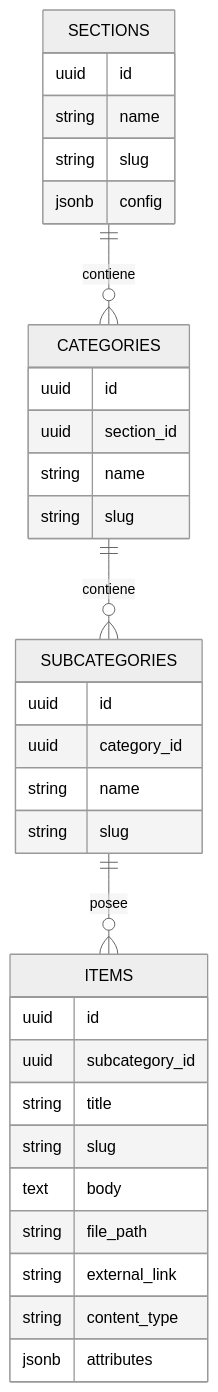
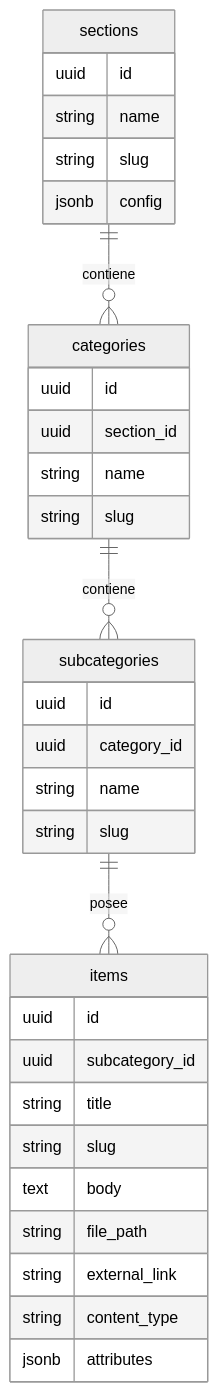
The diagram in docs/DATABASE_DESIGN.md (FMontes-alt/AdminPanel-Telmark), drawn with Mermaid (neutral theme) before and after one commit.

Commit message:
docs: Add initial database design documentation including ERD, `jsonb` flexibility, and Supabase SQL scripts.

````diff
--- a/docs/DATABASE_DESIGN.md
+++ b/docs/DATABASE_DESIGN.md
@@ -20,39 +20,39 @@
 ```mermaid
 erDiagram
-    SECTIONS ||--o{ CATEGORIES : "contiene"
-    CATEGORIES ||--o{ SUBCATEGORIES : "contiene"
-    SUBCATEGORIES ||--o{ ITEMS : "posee"
+    sections ||--o{ categories : "contiene"
+    categories ||--o{ subcategories : "contiene"
+    subcategories ||--o{ items : "posee"
 
-    SECTIONS {
+    sections {
         uuid id
         string name
         string slug
         jsonb config
     }
 
-    CATEGORIES {
+    categories {
         uuid id
         uuid section_id
         string name
         string slug
     }
 
-    SUBCATEGORIES {
+    subcategories {
         uuid id
         uuid category_id
         string name
         string slug
     }
 
-    ITEMS {
+    items {
         uuid id
         uuid subcategory_id
         string title
         string slug
         text body
         string file_path
         string external_link
         string content_type
         jsonb attributes
     }
 ```
````
